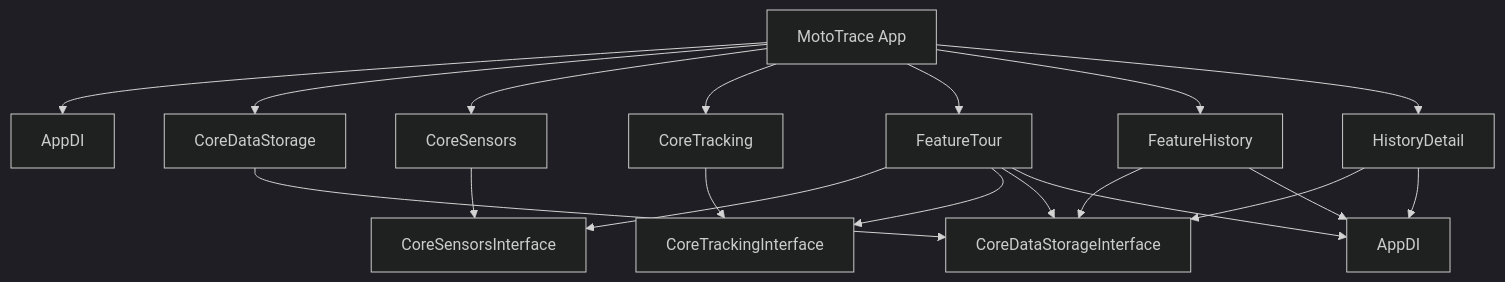
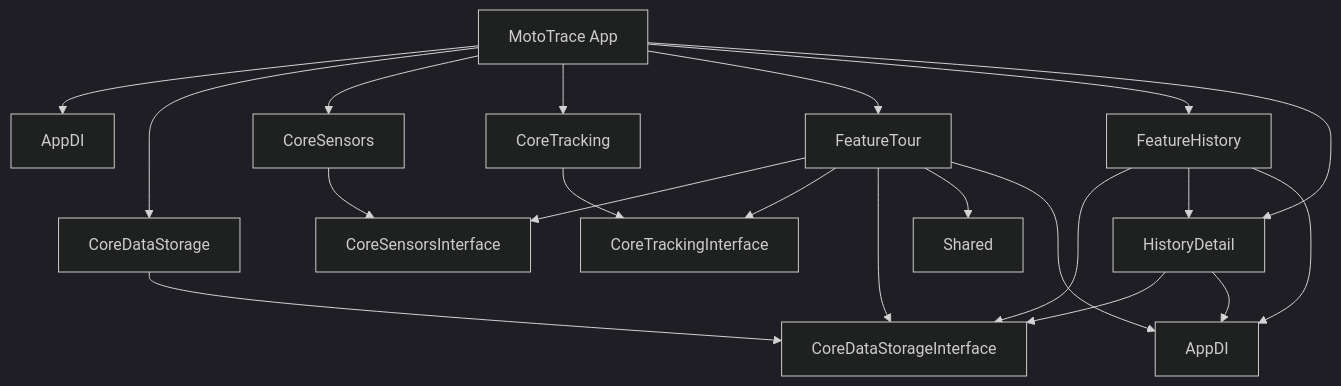
One commit to Sunwoong-ii/MotoTrace changed the diagram in README.md. Above: the diagram before and after it, drawn with Mermaid (dark theme). The commit also changed other lines of this file and 3 other files, not shown here.

````diff
--- a/README.md
+++ b/README.md
@@ -259,26 +306,28 @@
 ```mermaid
 graph TD
     App[MotoTrace App] --> DI[AppDI]
     App --> CoreDataStorage[CoreDataStorage]
     App --> CoreSensors[CoreSensors]
     App --> CoreTracking[CoreTracking]
 
     FeatureTour --> CoreSensorsInterface
     FeatureTour --> CoreTrackingInterface
     FeatureTour --> CoreDataStorageInterface
+    FeatureTour --> Shared
     FeatureTour --> AppDI
 
     FeatureHistory --> CoreDataStorageInterface
+    FeatureHistory --> HistoryDetail
     FeatureHistory --> AppDI
 
     HistoryDetail --> CoreDataStorageInterface
     HistoryDetail --> AppDI
 
     CoreSensors --> CoreSensorsInterface
     CoreTracking --> CoreTrackingInterface
     CoreDataStorage --> CoreDataStorageInterface
 
     App --> FeatureTour
     App --> FeatureHistory
     App --> HistoryDetail
 ```
````
